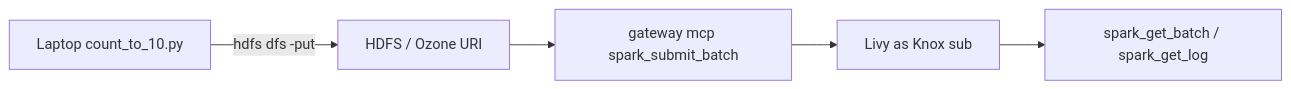
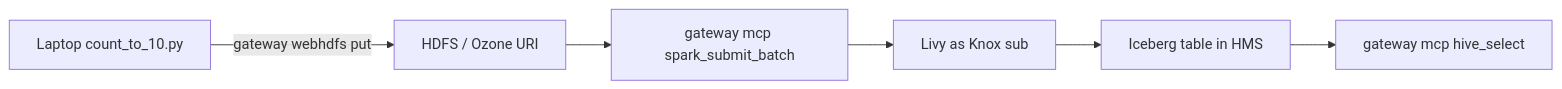
Before and after one commit to BrooksIan/CDPAgentGateway: the diagram in examples/spark/README.md, drawn with Mermaid. The commit also changed other lines of this file and 52 other files, not shown here.

````diff
--- a/examples/spark/README.md
+++ b/examples/spark/README.md
@@ -7,13 +7,15 @@
 ```mermaid
 flowchart LR
   laptop["Laptop count_to_10.py"]
   fs["HDFS / Ozone URI"]
   mcp["gateway mcp spark_submit_batch"]
   livy["Livy as Knox sub"]
-  poll["spark_get_batch / spark_get_log"]
+  ice["Iceberg table in HMS"]
+  hive["gateway mcp hive_select"]
 
-  laptop -->|"hdfs dfs -put"| fs
+  laptop -->|"gateway webhdfs put"| fs
   fs --> mcp
   mcp --> livy
-  livy --> poll
+  livy --> ice
+  ice --> hive
 ```
````
